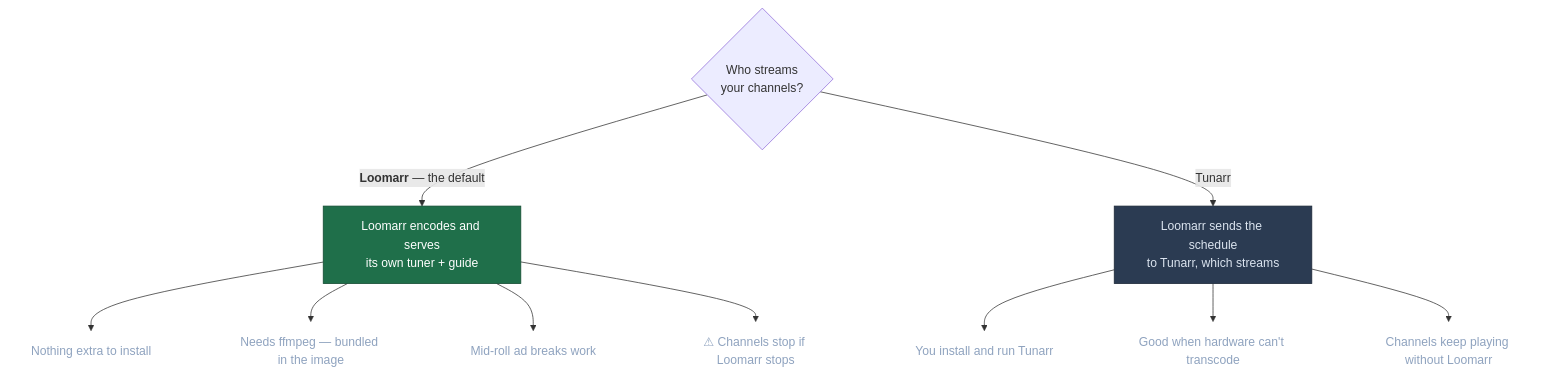
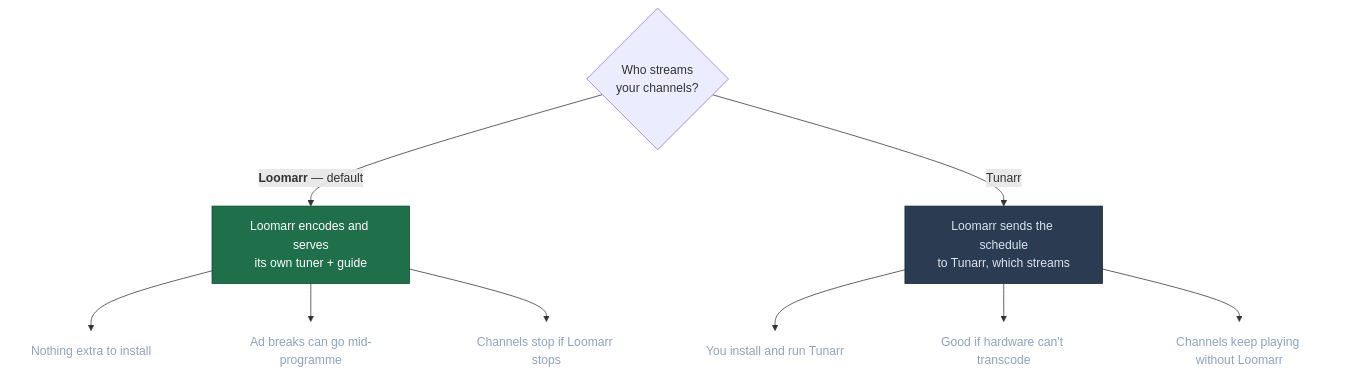
Before and after one commit to loomarr/loomarr: the second of 2 diagrams in docs/install/index.md, drawn with Mermaid. The commit also changed other lines of this file and 16 other files, not shown here.

````diff
--- a/docs/install/index.md
+++ b/docs/install/index.md
@@ -51,22 +49,21 @@
 ```mermaid
 graph TD
   Q{"Who streams<br/>your channels?"}
-  Q -->|"<b>Loomarr</b> — the default"| I["Loomarr encodes and serves<br/>its own tuner + guide"]
+  Q -->|"<b>Loomarr</b> — default"| I["Loomarr encodes and serves<br/>its own tuner + guide"]
   Q -->|Tunarr| T["Loomarr sends the schedule<br/>to Tunarr, which streams"]
 
   I --> I1["Nothing extra to install"]
-  I --> I2["Needs ffmpeg — bundled in the image"]
-  I --> I3["Mid-roll ad breaks work"]
-  I --> I4["⚠ Channels stop if Loomarr stops"]
+  I --> I2["Ad breaks can go mid-programme"]
+  I --> I3["Channels stop if Loomarr stops"]
 
   T --> T1["You install and run Tunarr"]
-  T --> T2["Good when hardware can't transcode"]
+  T --> T2["Good if hardware can't transcode"]
   T --> T3["Channels keep playing without Loomarr"]
 
   classDef def fill:#1f6f4a,stroke:#134a31,color:#fff
   classDef alt fill:#2b3b52,stroke:#1b2736,color:#dbe4ef
   classDef note fill:none,stroke:none,color:#8fa3bf
   class I def
   class T alt
-  class I1,I2,I3,I4,T1,T2,T3 note
+  class I1,I2,I3,T1,T2,T3 note
 ```
````
